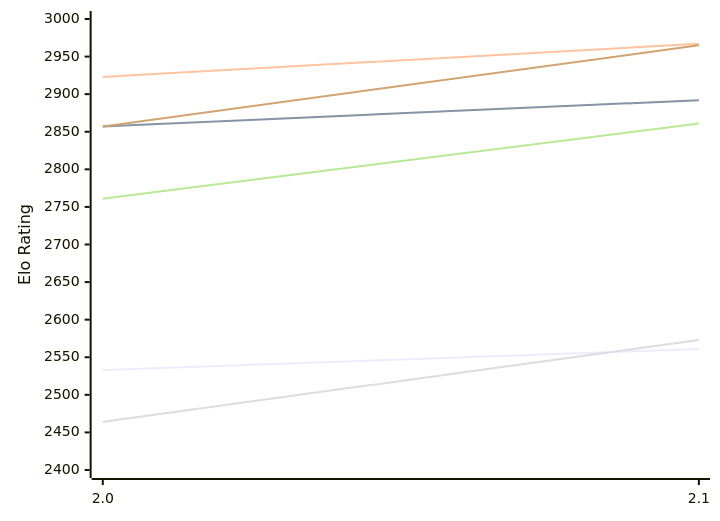
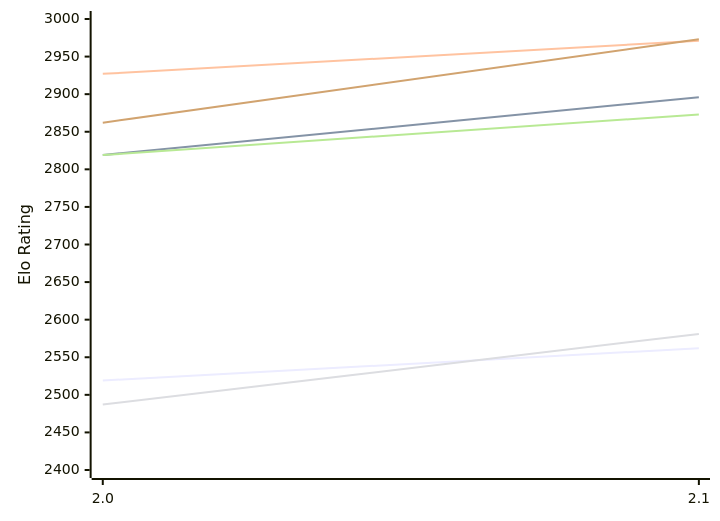
The first of 2 diagrams in engines/Noggin.md (computer-chess-index/cci), drawn with Mermaid before and after one commit. The commit also changed other lines of this file, not shown here.

Commit message:
Update CCI Ratings (ELO VLTC) - 2026-11-25

````diff
--- a/engines/Noggin.md
+++ b/engines/Noggin.md
@@ -50,12 +50,12 @@
 ```mermaid
 %%{init: {"theme":"base","themeVariables":{"seriesColors:['#a3a3a3','#222221','#faa371']}}}%%
 xychart-beta
   x-axis ["2.0", "2.1"]
   y-axis "Elo Rating" 2400 --> 3000
-  line "E1: STC (8.0+0.08s)" [2533, 2561]
-  line "E1: LTC (60.0+0.60s)" [2857, 2892]
-  line "E1: VLTC (2m24s+1.12s)" [2923, 2967]
-  line "P1: STC (8.0+0.08s)" [2464, 2573]
-  line "P1: LTC (60.0+0.60s)" [2761, 2861]
-  line "P1: VLTC (2m24s+1.12s)" [2857, 2965]
+  line "E1: STC (8.0+0.08s)" [2519, 2562]
+  line "E1: LTC (60.0+0.60s)" [2819, 2896]
+  line "E1: VLTC (2m24s+1.12s)" [2927, 2971]
+  line "P1: STC (8.0+0.08s)" [2487, 2581]
+  line "P1: LTC (60.0+0.60s)" [2819, 2873]
+  line "P1: VLTC (2m24s+1.12s)" [2862, 2973]
 ```
````
